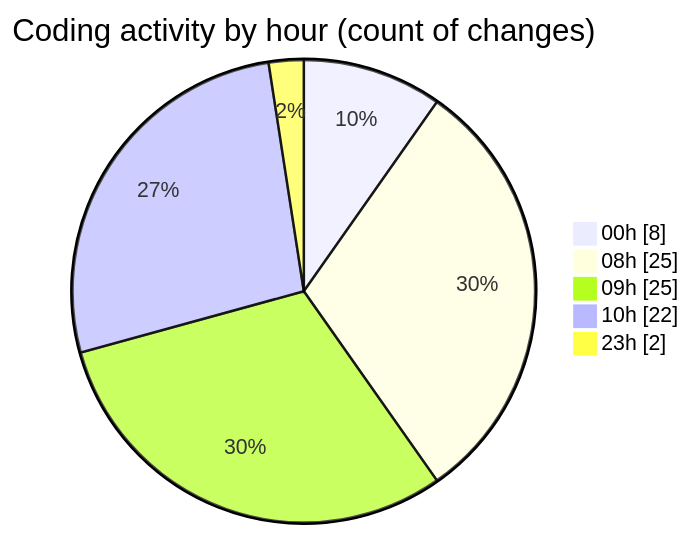
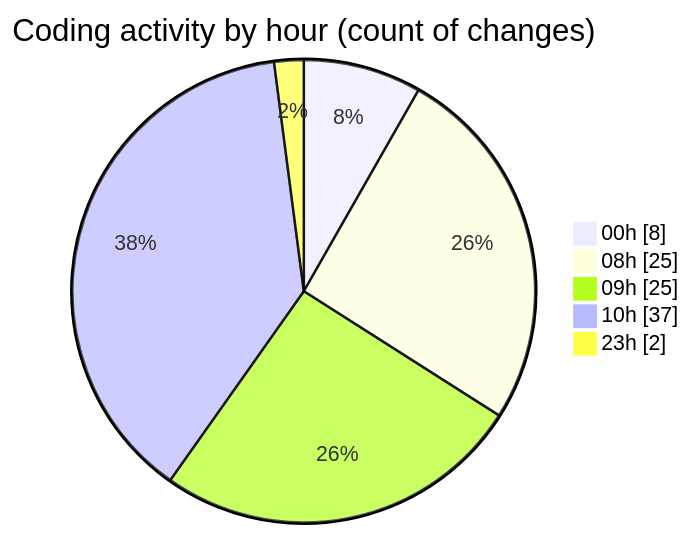
The second of 2 diagrams in 2025-08-13/ribbon/README.md (EIIisD/code-tracking), drawn with Mermaid before and after one commit. The commit also changed other lines of this file and 1 other file, not shown here.

````diff
--- a/2025-08-13/ribbon/README.md
+++ b/2025-08-13/ribbon/README.md
@@ -38,9 +38,9 @@
 ```mermaid
 pie showData
 title Coding activity by hour (count of changes)
 "00h" : 8
 "08h" : 25
 "09h" : 25
-"10h" : 22
+"10h" : 37
 "23h" : 2
 ```
````
